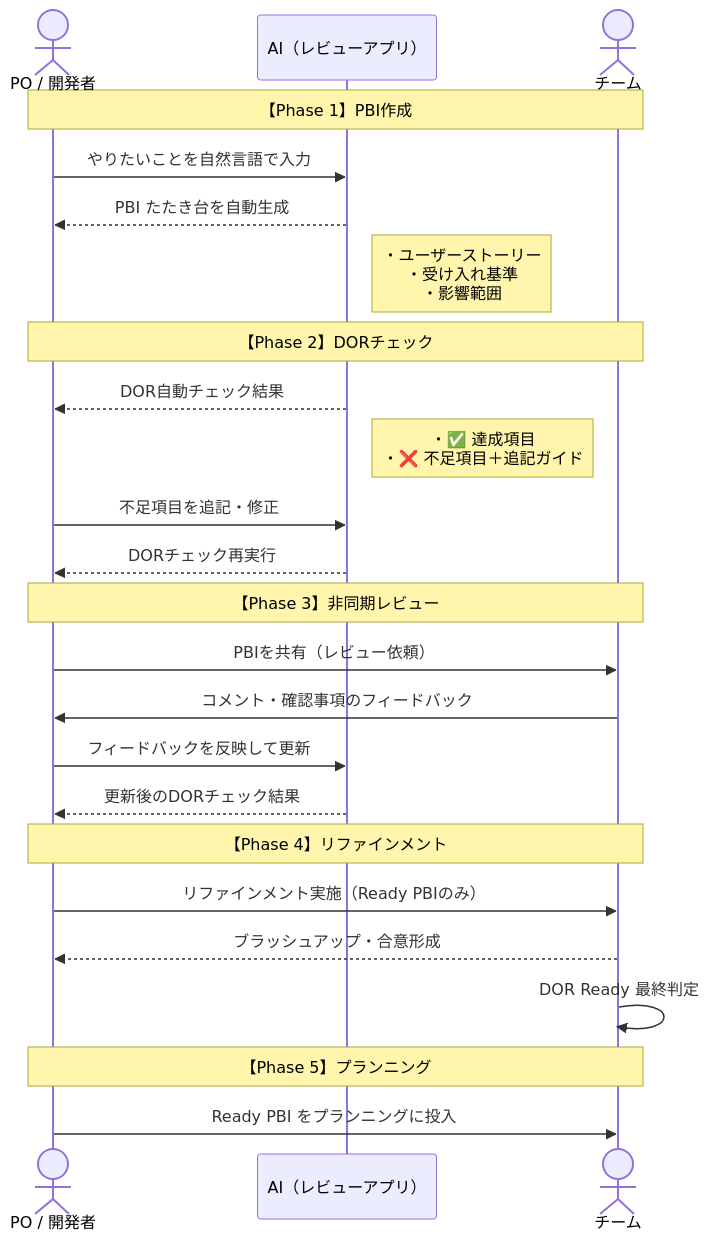
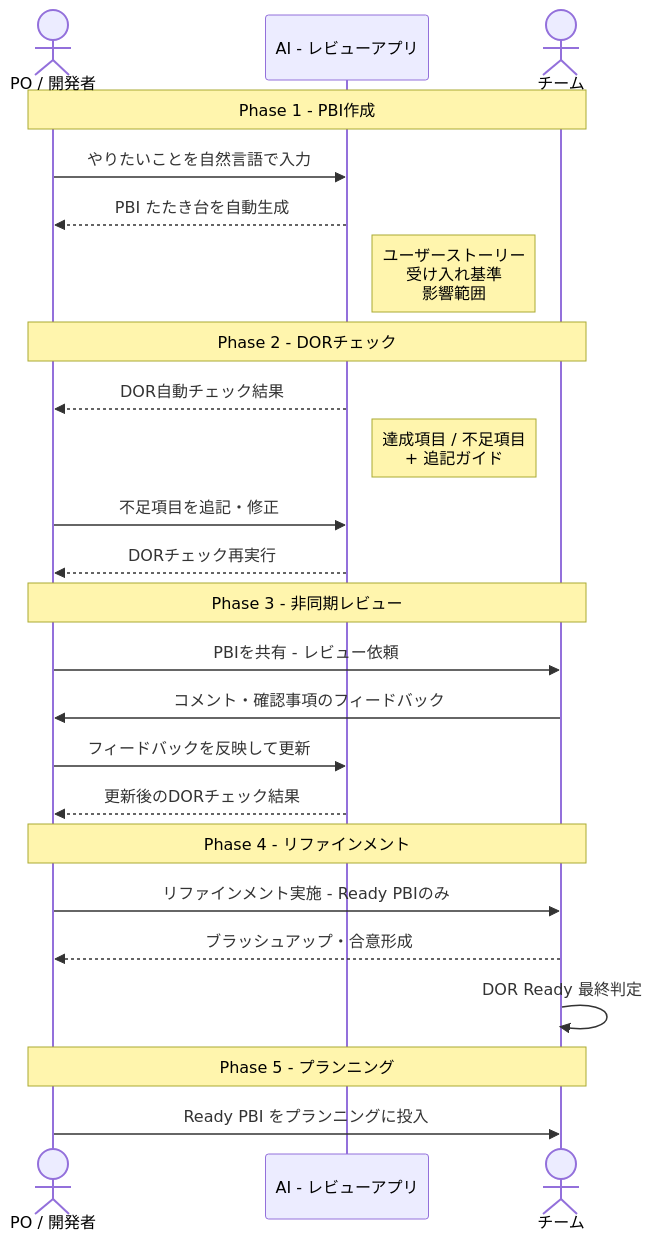
The first of 3 diagrams in docs/usecase-diagram.md (si-sa-a/app1), drawn with Mermaid before and after one commit. The commit also changed other lines of this file, not shown here.

First line of the commit message:
fix: Mermaid構文をGitHub互換に修正

````diff
--- a/docs/usecase-diagram.md
+++ b/docs/usecase-diagram.md
@@ -5,31 +5,31 @@
 ```mermaid
 sequenceDiagram
     actor PO as PO / 開発者
-    participant AI as AI（レビューアプリ）
+    participant AI as AI - レビューアプリ
     actor Team as チーム
 
-    Note over PO,Team: 【Phase 1】PBI作成
+    Note over PO,Team: Phase 1 - PBI作成
     PO->>AI: やりたいことを自然言語で入力
     AI-->>PO: PBI たたき台を自動生成
-    Note right of AI: ・ユーザーストーリー<br/>・受け入れ基準<br/>・影響範囲
+    Note right of AI: ユーザーストーリー<br/>受け入れ基準<br/>影響範囲
 
-    Note over PO,Team: 【Phase 2】DORチェック
+    Note over PO,Team: Phase 2 - DORチェック
     AI-->>PO: DOR自動チェック結果
-    Note right of AI: ・✅ 達成項目<br/>・❌ 不足項目＋追記ガイド
+    Note right of AI: 達成項目 / 不足項目<br/>+ 追記ガイド
     PO->>AI: 不足項目を追記・修正
     AI-->>PO: DORチェック再実行
 
-    Note over PO,Team: 【Phase 3】非同期レビュー
-    PO->>Team: PBIを共有（レビュー依頼）
+    Note over PO,Team: Phase 3 - 非同期レビュー
+    PO->>Team: PBIを共有 - レビュー依頼
     Team->>PO: コメント・確認事項のフィードバック
     PO->>AI: フィードバックを反映して更新
     AI-->>PO: 更新後のDORチェック結果
 
-    Note over PO,Team: 【Phase 4】リファインメント
-    PO->>Team: リファインメント実施（Ready PBIのみ）
+    Note over PO,Team: Phase 4 - リファインメント
+    PO->>Team: リファインメント実施 - Ready PBIのみ
     Team-->>PO: ブラッシュアップ・合意形成
     Team->>Team: DOR Ready 最終判定
 
-    Note over PO,Team: 【Phase 5】プランニング
+    Note over PO,Team: Phase 5 - プランニング
     PO->>Team: Ready PBI をプランニングに投入
 ```
````
